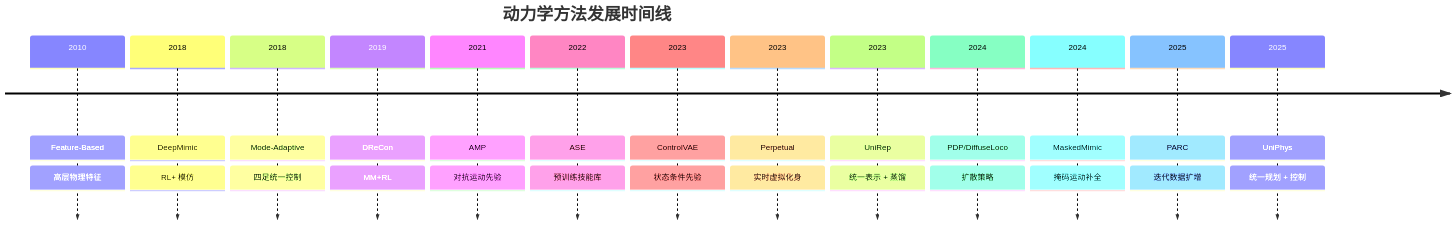
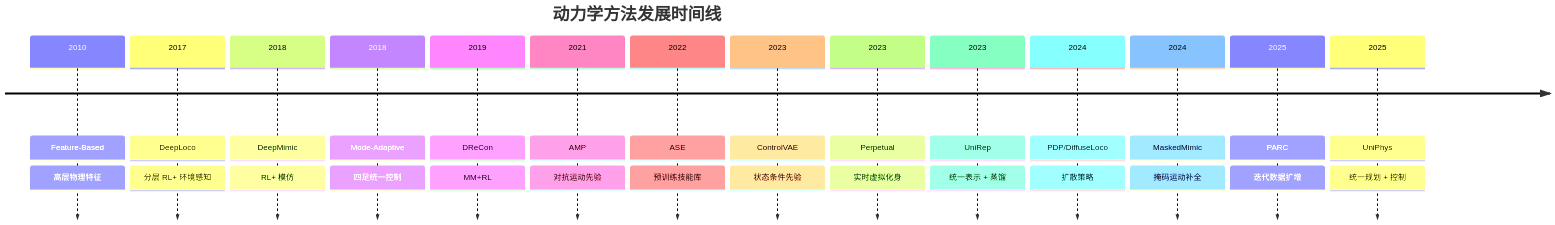
Diagram 12 of 27 in src/Locomotion_Survey.md (CaterpillarStudyGroup/GAMES105_mdbook), drawn with Mermaid before and after one commit. The commit also changed other lines of this file, not shown here.

````diff
--- a/src/Locomotion_Survey.md
+++ b/src/Locomotion_Survey.md
@@ -801,17 +824,18 @@
 ```mermaid
 timeline
     title 动力学方法发展时间线
     2010 : Feature-Based : 高层物理特征
+    2017 : DeepLoco : 分层 RL+ 环境感知
     2018 : DeepMimic : RL+ 模仿
     2018 : Mode-Adaptive : 四足统一控制
     2019 : DReCon : MM+RL
     2021 : AMP : 对抗运动先验
     2022 : ASE : 预训练技能库
     2023 : ControlVAE : 状态条件先验
     2023 : Perpetual : 实时虚拟化身
     2023 : UniRep : 统一表示 + 蒸馏
     2024 : PDP/DiffuseLoco : 扩散策略
     2024 : MaskedMimic : 掩码运动补全
     2025 : PARC : 迭代数据扩增
     2025 : UniPhys : 统一规划 + 控制
 ```
````
